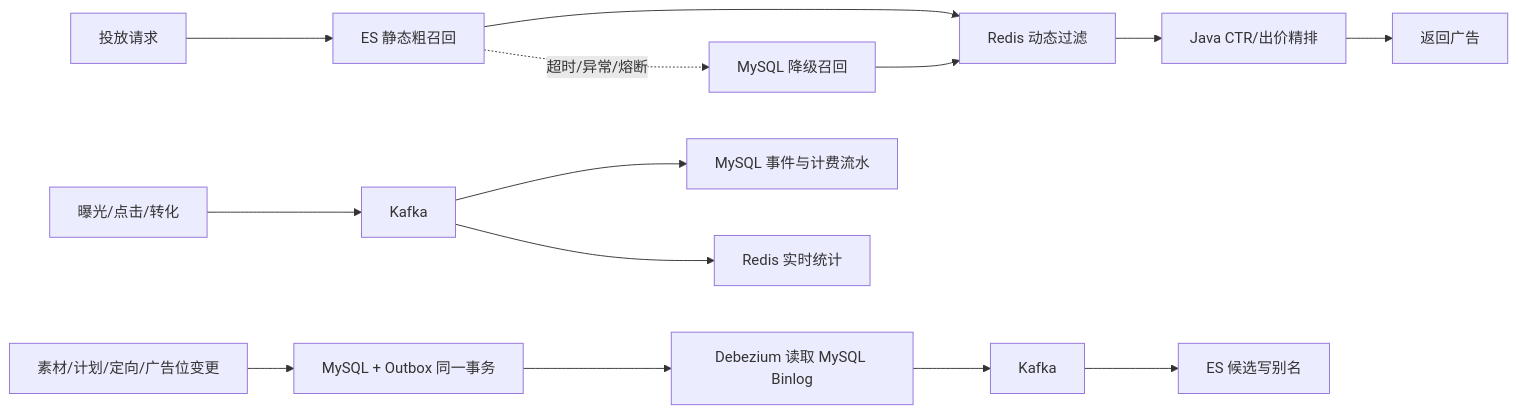
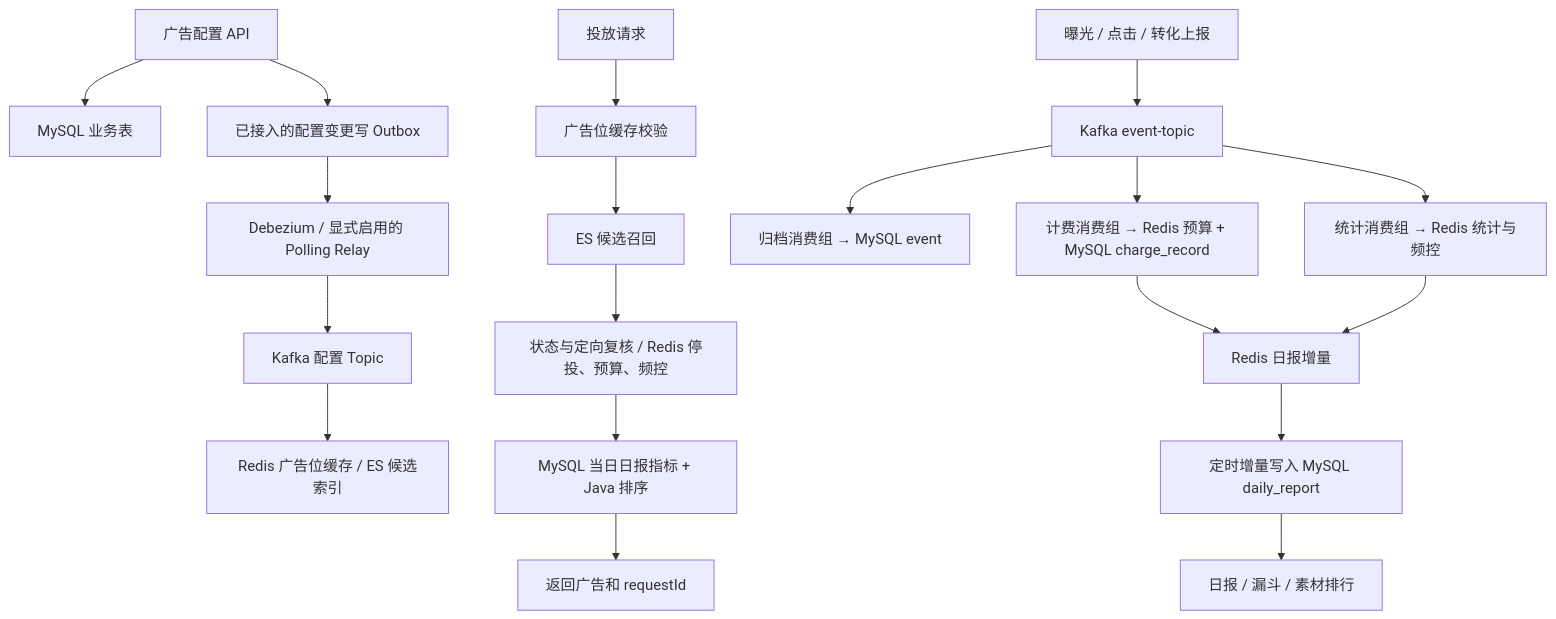
Before and after one commit to planckmax42/Guanggao: the diagram in docs/README.md, drawn with Mermaid. The commit also changed other lines of this file and 11 other files, not shown here.

````diff
--- a/docs/README.md
+++ b/docs/README.md
@@ -7,18 +54,23 @@
 ```mermaid
-flowchart LR
-    A[投放请求] --> B[ES 静态粗召回]
-    B --> C[Redis 动态过滤]
-    C --> D[Java CTR/出价精排]
-    D --> E[返回广告]
-    B -. 超时/异常/熔断 .-> F[MySQL 降级召回]
-    F --> C
+flowchart TD
+    A[广告配置 API] --> B[MySQL 业务表]
+    A --> C[已接入的配置变更写 Outbox]
+    C --> D[Debezium / 显式启用的 Polling Relay]
+    D --> E[Kafka 配置 Topic]
+    E --> F[Redis 广告位缓存 / ES 候选索引]
 
-    G[素材/计划/定向/广告位变更] --> H[MySQL + Outbox 同一事务]
-    H --> CDC[Debezium 读取 MySQL Binlog]
-    CDC --> I[Kafka]
-    I --> J[ES 候选写别名]
+    G[投放请求] --> H[广告位缓存校验]
+    H --> I[ES 候选召回]
+    I --> J[状态与定向复核 / Redis 停投、预算、频控]
+    J --> K[MySQL 当日日报指标 + Java 排序]
+    K --> L[返回广告和 requestId]
 
-    K[曝光/点击/转化] --> L[Kafka]
-    L --> M[MySQL 事件与计费流水]
-    L --> N[Redis 实时统计]
+    M[曝光 / 点击 / 转化上报] --> N[Kafka event-topic]
+    N --> O[归档消费组 → MySQL event]
+    N --> P[计费消费组 → Redis 预算 + MySQL charge_record]
+    N --> Q[统计消费组 → Redis 统计与频控]
+    P --> R[Redis 日报增量]
+    Q --> R
+    R --> S[定时增量写入 MySQL daily_report]
+    S --> T[日报 / 漏斗 / 素材排行]
 ```
````
